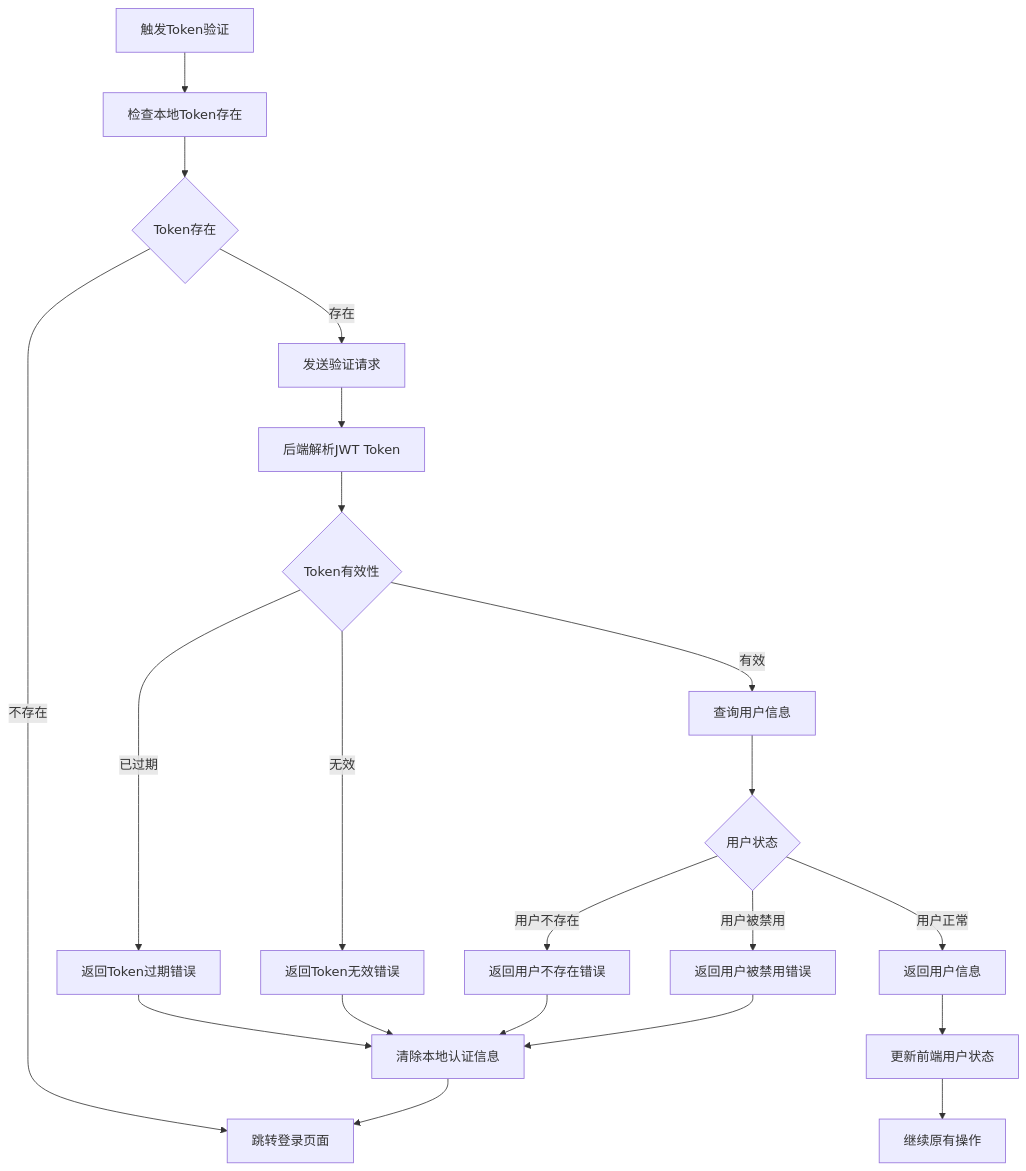
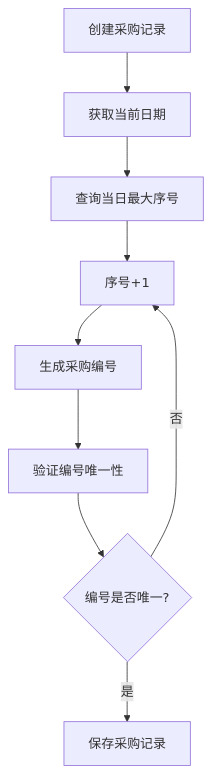
One commit to zhuoweishun/shuijing-erp changed the second of 14 diagrams in .trae/documents/05-业务流程详细规范文档.md. Above: the diagram before and after it, drawn with Mermaid. The commit also changed other lines of this file and 118 other files, not shown here.

````diff
--- a/.trae/documents/05-业务流程详细规范文档.md
+++ b/.trae/documents/05-业务流程详细规范文档.md
@@ -145,23 +70,11 @@
 ```mermaid
 flowchart TD
-    A[触发Token验证] --> B[检查本地Token存在]
-    B --> C{Token存在}
-    C -->|不存在| D[跳转登录页面]
-    C -->|存在| E[发送验证请求]
-    E --> F[后端解析JWT Token]
-    F --> G{Token有效性}
-    G -->|已过期| H[返回Token过期错误]
-    G -->|无效| I[返回Token无效错误]
-    G -->|有效| J[查询用户信息]
-    J --> K{用户状态}
-    K -->|用户不存在| L[返回用户不存在错误]
-    K -->|用户被禁用| M[返回用户被禁用错误]
-    K -->|用户正常| N[返回用户信息]
-    N --> O[更新前端用户状态]
-    O --> P[继续原有操作]
-    H --> Q[清除本地认证信息]
-    I --> Q
-    L --> Q
-    M --> Q
-    Q --> D
+    A[创建采购记录] --> B[获取当前日期]
+    B --> C[查询当日最大序号]
+    C --> D[序号+1]
+    D --> E[生成采购编号]
+    E --> F[验证编号唯一性]
+    F --> G{编号是否唯一?}
+    G -->|否| D
+    G -->|是| H[保存采购记录]
 ```
````
